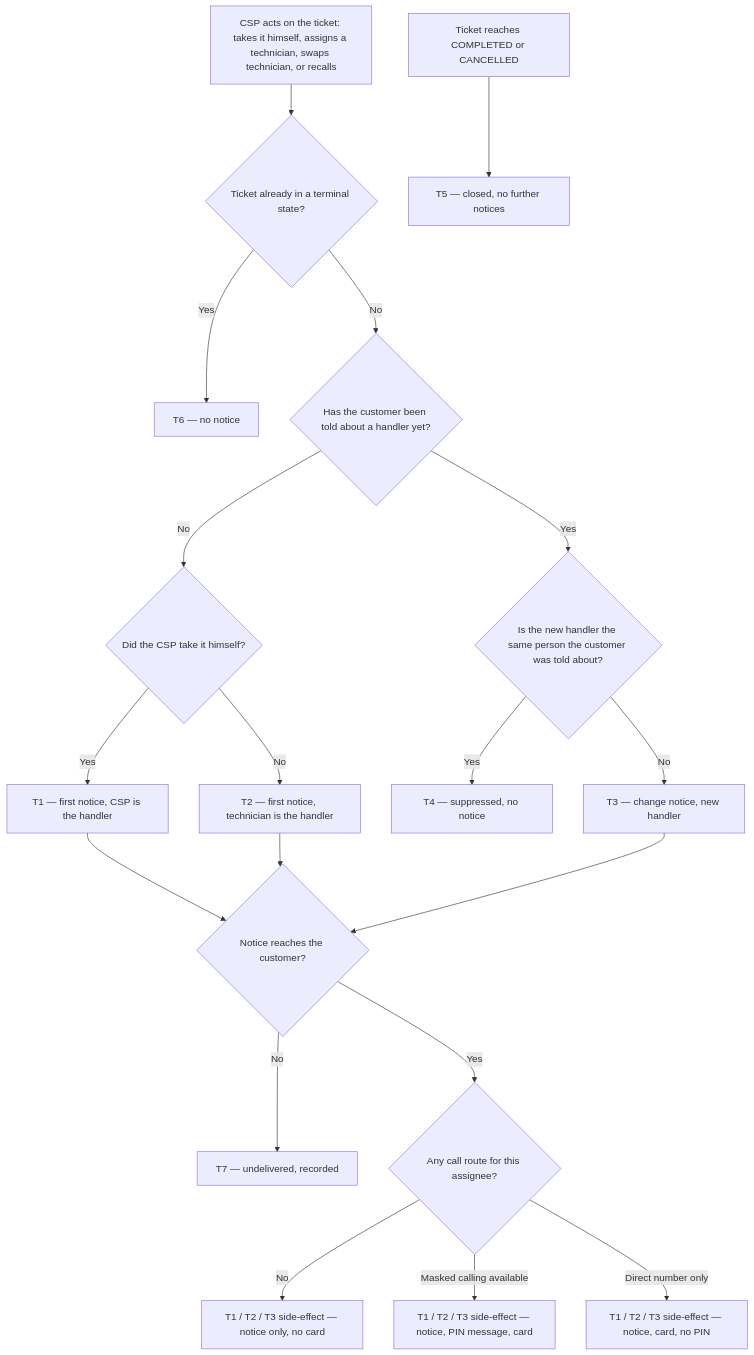
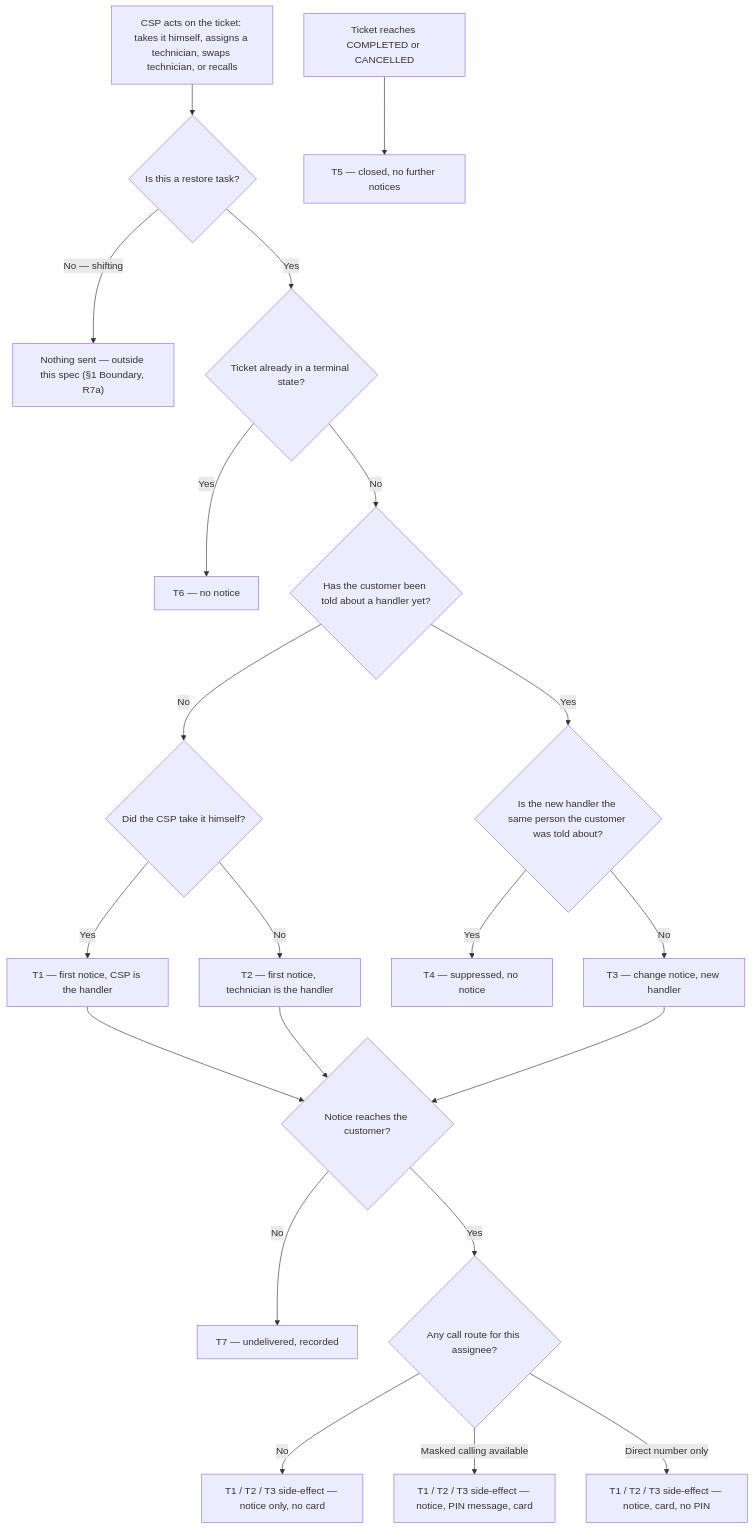
One commit to ashish-raj-wiom/service-ticket-handler-notice-prd changed the diagram in Service_Ticket_Handler_Notice_PRD.md. Above: the diagram before and after it, drawn with Mermaid. The commit also changed other lines of this file and 1 other file, not shown here.

First line of the commit message:
Shifting out of scope — as an enforced filter, not an omission

````diff
--- a/Service_Ticket_Handler_Notice_PRD.md
+++ b/Service_Ticket_Handler_Notice_PRD.md
@@ -58,21 +61,23 @@
 ```mermaid
 flowchart TD
-    A["CSP acts on the ticket: takes it himself, assigns a technician, swaps technician, or recalls"] --> B{"Ticket already in a terminal state?"}
+    A["CSP acts on the ticket: takes it himself, assigns a technician, swaps technician, or recalls"] --> A2{"Is this a restore task?"}
+    A2 -- "No — shifting" --> A3["Nothing sent — outside this spec (§1 Boundary, R7a)"]
+    A2 -- "Yes" --> B{"Ticket already in a terminal state?"}
     B -- "Yes" --> C["T6 — no notice"]
     B -- "No" --> D{"Has the customer been told about a handler yet?"}
     D -- "No" --> D2{"Did the CSP take it himself?"}
     D2 -- "Yes" --> E["T1 — first notice, CSP is the handler"]
     D2 -- "No" --> F["T2 — first notice, technician is the handler"]
     D -- "Yes" --> G{"Is the new handler the same person the customer was told about?"}
     G -- "Yes" --> H["T4 — suppressed, no notice"]
     G -- "No" --> I["T3 — change notice, new handler"]
     J["Ticket reaches COMPLETED or CANCELLED"] --> K["T5 — closed, no further notices"]
     E --> L{"Notice reaches the customer?"}
     F --> L
     I --> L
     L -- "No" --> M["T7 — undelivered, recorded"]
     L -- "Yes" --> O{"Any call route for this assignee?"}
     O -- "No" --> P["T1 / T2 / T3 side-effect — notice only, no card"]
     O -- "Masked calling available" --> Q["T1 / T2 / T3 side-effect — notice, PIN message, card"]
     O -- "Direct number only" --> R["T1 / T2 / T3 side-effect — notice, card, no PIN"]
 ```
````
